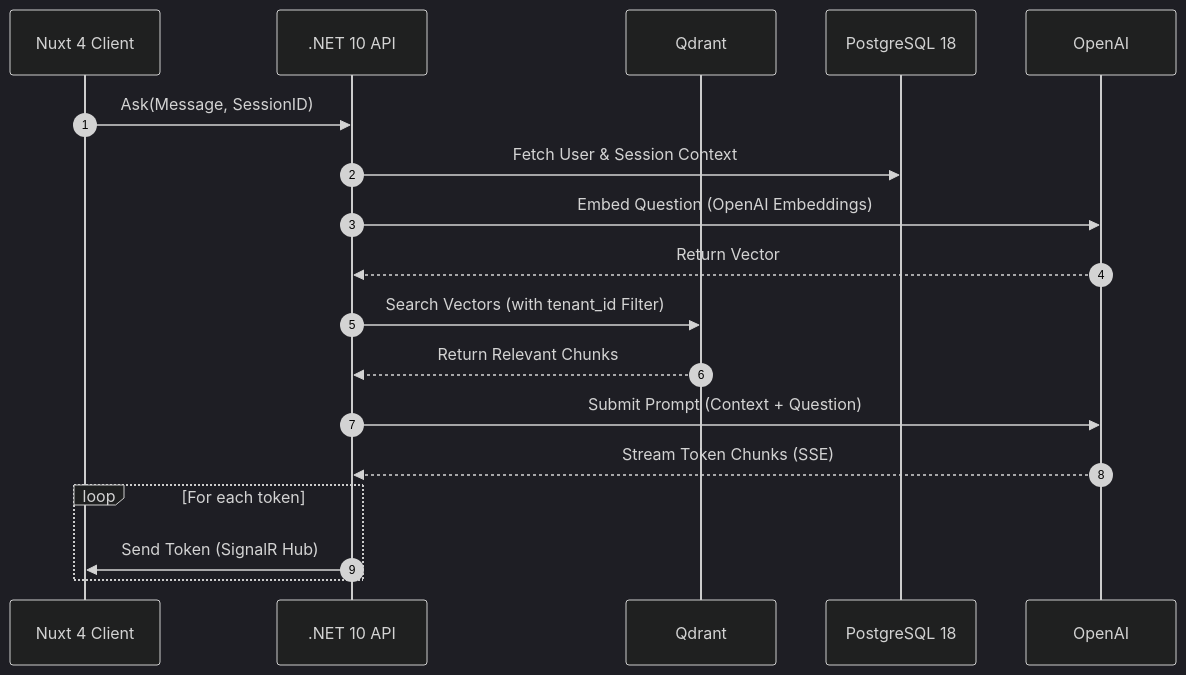
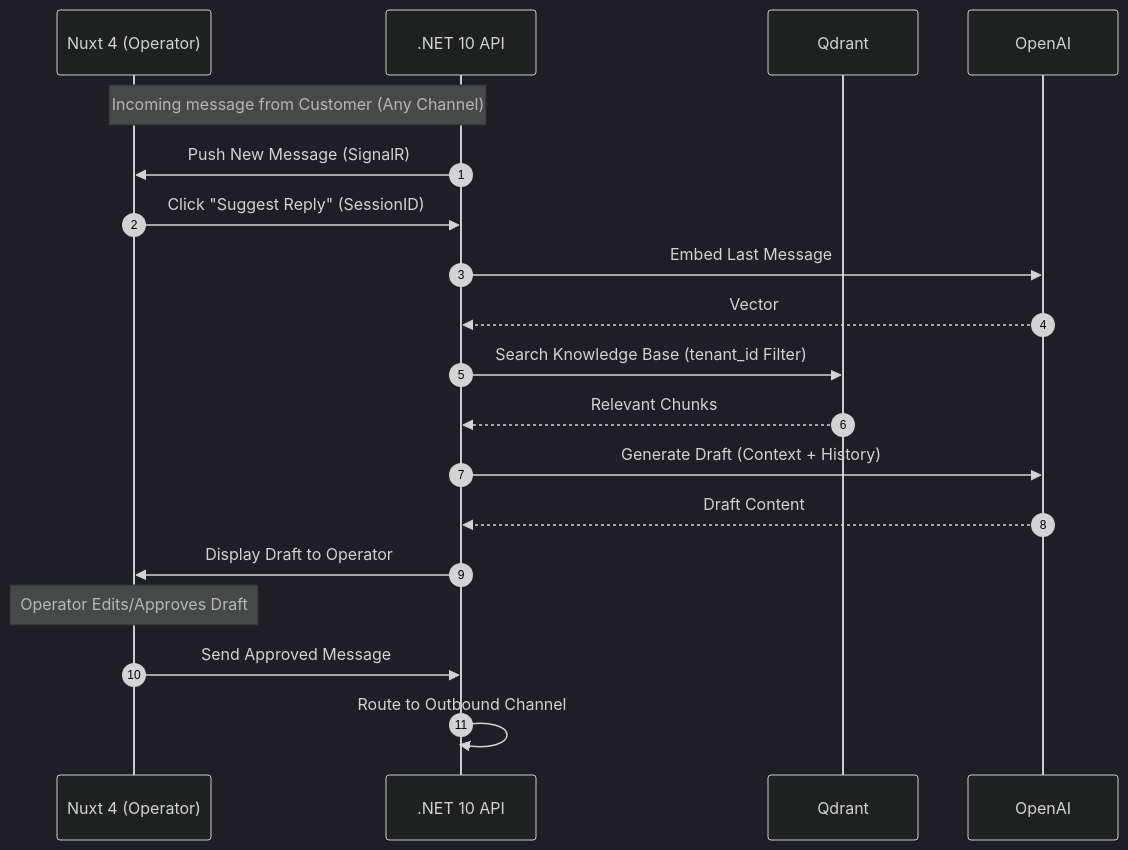
Before and after one commit to u3kkasha/chatbot: the second of 2 diagrams in docs/ARD.md, drawn with Mermaid (dark theme). The commit also changed other lines of this file and 51 other files, not shown here.

````diff
--- a/docs/ARD.md
+++ b/docs/ARD.md
@@ -151,21 +91,22 @@
 ```mermaid
 sequenceDiagram
     autonumber
-    participant Nuxt as Nuxt 4 Client
+    participant Nuxt as Nuxt 4 (Operator)
     participant API as .NET 10 API
     participant Q as Qdrant
-    participant DB as PostgreSQL 18
     participant AI as OpenAI
 
-    Nuxt->>API: Ask(Message, SessionID)
-    API->>DB: Fetch User & Session Context
-    API->>AI: Embed Question (OpenAI Embeddings)
-    AI-->>API: Return Vector
-    API->>Q: Search Vectors (with tenant_id Filter)
-    Q-->>API: Return Relevant Chunks
-    API->>AI: Submit Prompt (Context + Question)
-    AI-->>API: Stream Token Chunks (SSE)
-    loop For each token
-        API->>Nuxt: Send Token (SignalR Hub)
-    end
+    Note over Nuxt, API: Incoming message from Customer (Any Channel)
+    API->>Nuxt: Push New Message (SignalR)
+    Nuxt->>API: Click "Suggest Reply" (SessionID)
+    API->>AI: Embed Last Message
+    AI-->>API: Vector
+    API->>Q: Search Knowledge Base (tenant_id Filter)
+    Q-->>API: Relevant Chunks
+    API->>AI: Generate Draft (Context + History)
+    AI-->>API: Draft Content
+    API->>Nuxt: Display Draft to Operator
+    Note over Nuxt: Operator Edits/Approves Draft
+    Nuxt->>API: Send Approved Message
+    API->>API: Route to Outbound Channel
 ```
````
